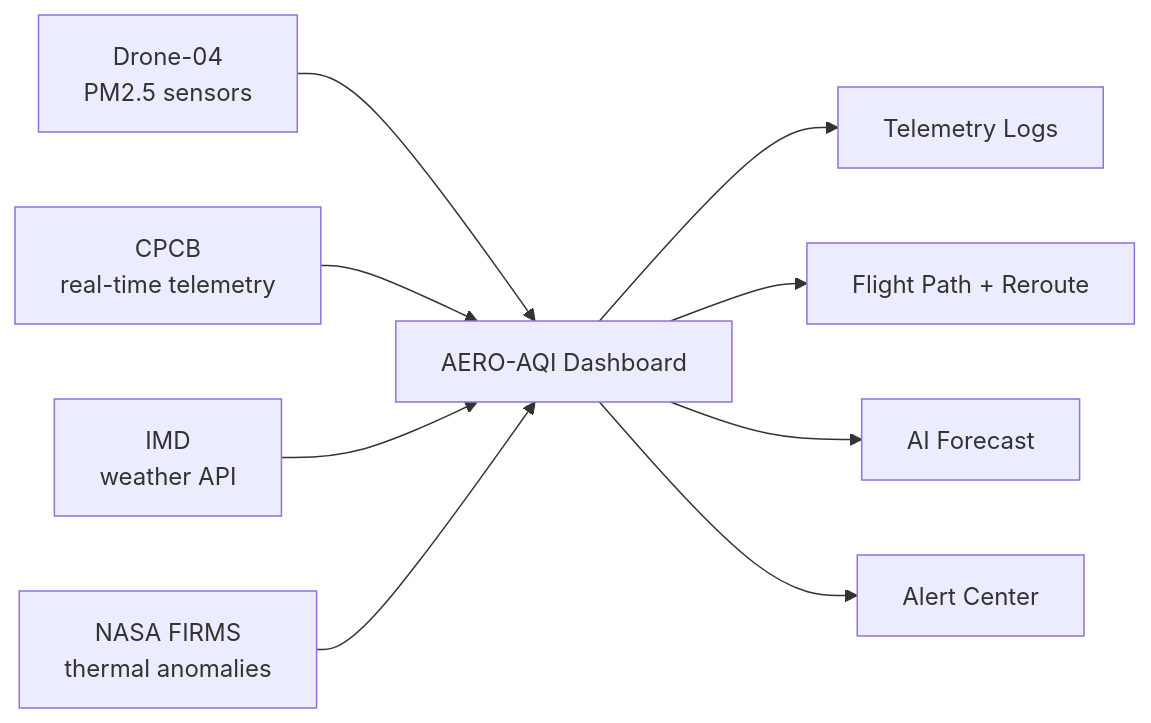
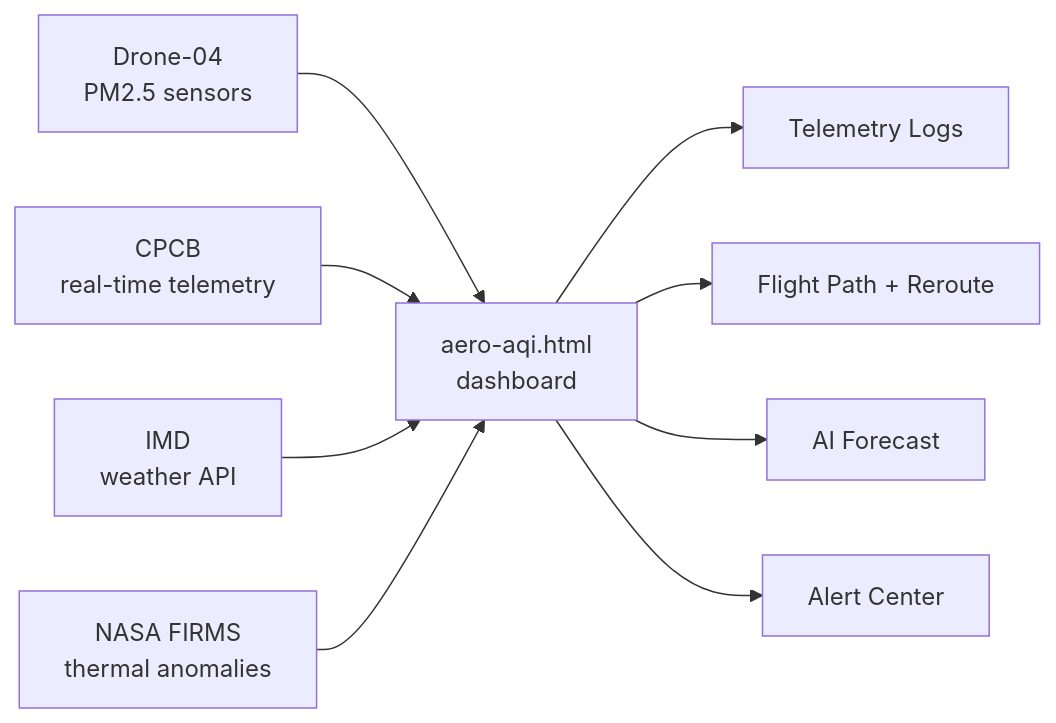
The diagram in README.md (AkshanshPundir/Aero-AQI), drawn with Mermaid before and after one commit. The commit also changed other lines of this file and 15 other files, not shown here.

Commit message:
Deploy main file: index.html is the dashboard, static-only Pages deploy, dynamic README

````diff
--- a/README.md
+++ b/README.md
@@ -85,11 +85,11 @@
 ```mermaid
 flowchart LR
-    D[Drone-04<br/>PM2.5 sensors] --> UI[AERO-AQI Dashboard]
+    D[Drone-04<br/>PM2.5 sensors] --> UI[aero-aqi.html<br/>dashboard]
     C[CPCB<br/>real-time telemetry] --> UI
     I[IMD<br/>weather API] --> UI
     F[NASA FIRMS<br/>thermal anomalies] --> UI
     UI --> L[Telemetry Logs]
     UI --> P[Flight Path + Reroute]
     UI --> A[AI Forecast]
     UI --> N[Alert Center]
 ```
````
